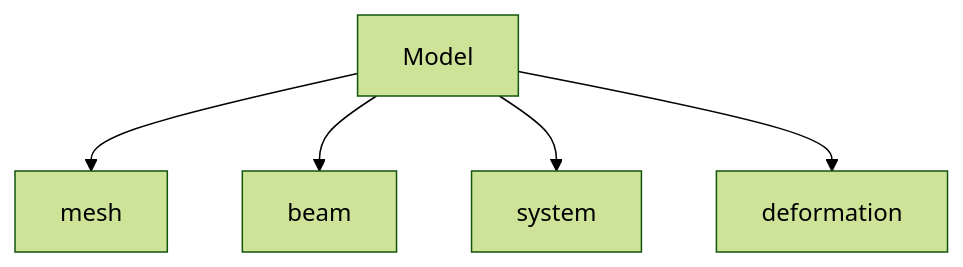
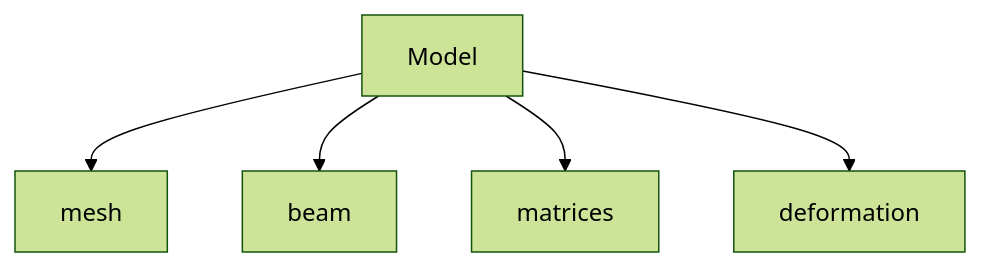
One commit to airinnova/framat changed the first of 18 diagrams in docs/source/api/result_api.rst. Above: the diagram before and after it, drawn with Mermaid (forest theme). The commit also changed other lines of this file and 3 other files, not shown here.

```diff
--- a/docs/source/api/result_api.rst
+++ b/docs/source/api/result_api.rst
@@ -10,8 +10,8 @@
 .. mermaid::
 
     graph TD
     A[Model]
     A --> F0[mesh]
     A --> F1[beam]
-    A --> F2[system]
+    A --> F2[matrices]
     A --> F3[deformation]
```
